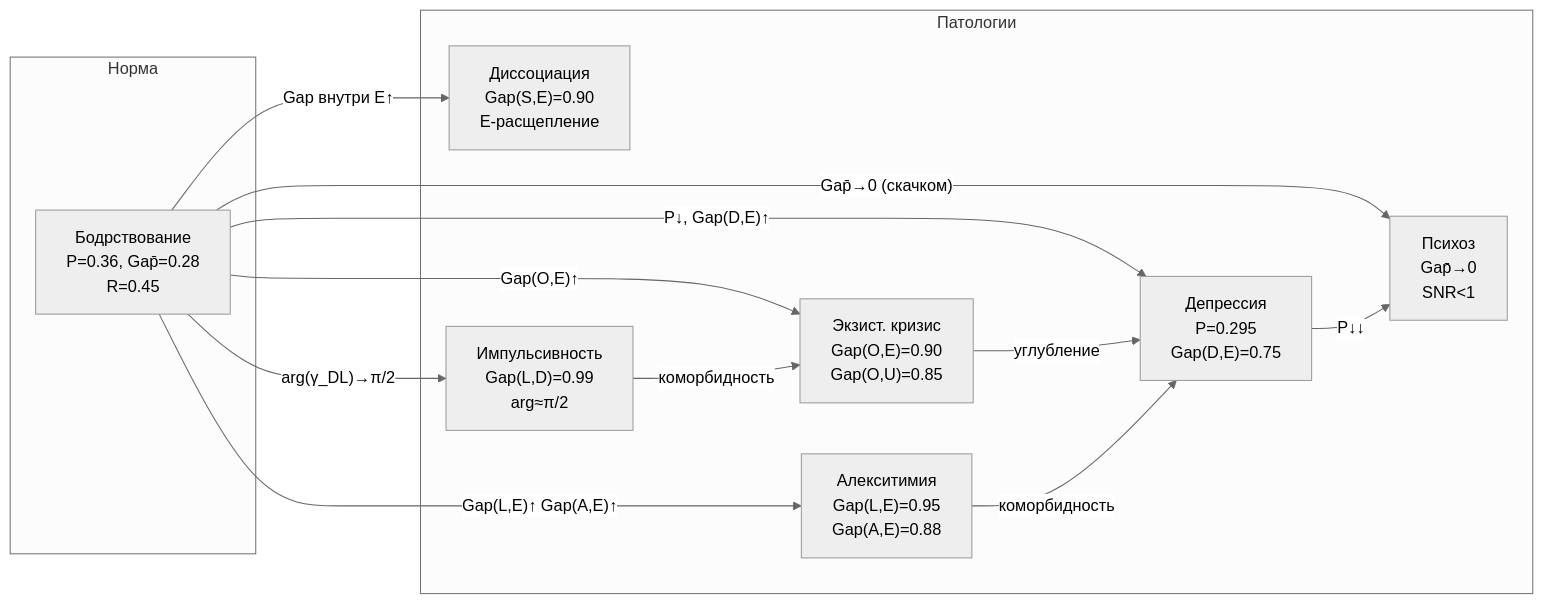
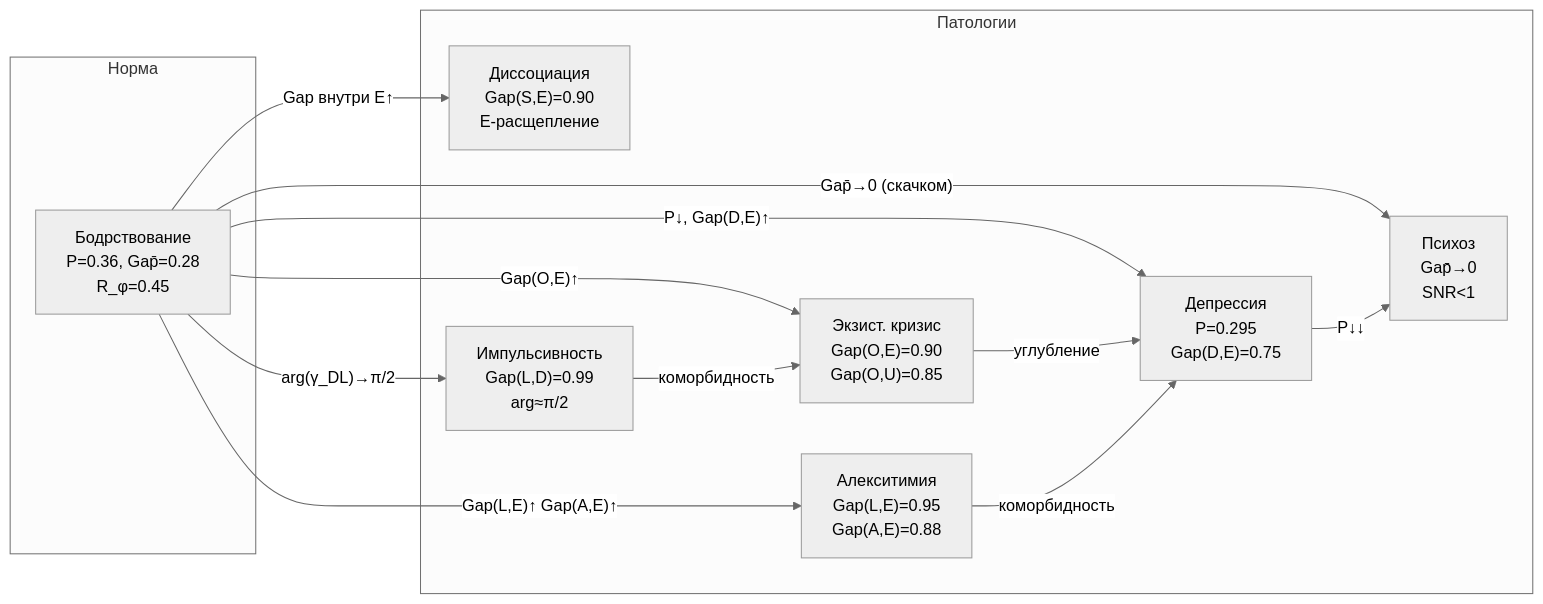
The second of 2 diagrams in website/i18n/ru/docusaurus-plugin-content-docs/current/consciousness/states/pathological.md (gst-st/uhm), drawn with Mermaid (neutral theme) before and after one commit. The commit also changed other lines of this file and 55 other files, not shown here.

````diff
--- a/website/i18n/ru/docusaurus-plugin-content-docs/current/consciousness/states/pathological.md
+++ b/website/i18n/ru/docusaurus-plugin-content-docs/current/consciousness/states/pathological.md
@@ -593,25 +593,25 @@
 ```mermaid
 graph LR
     subgraph NORM["Норма"]
-        N["Бодрствование<br/>P=0.36, Gap̄=0.28<br/>R=0.45"]
+        N["Бодрствование<br/>P=0.36, Gap̄=0.28<br/>R_φ=0.45"]
     end
     subgraph PAT["Патологии"]
         AL["Алекситимия<br/>Gap(L,E)=0.95<br/>Gap(A,E)=0.88"]
         DIS["Диссоциация<br/>Gap(S,E)=0.90<br/>E-расщепление"]
         IMP["Импульсивность<br/>Gap(L,D)=0.99<br/>arg≈π/2"]
         EX["Экзист. кризис<br/>Gap(O,E)=0.90<br/>Gap(O,U)=0.85"]
         DEP["Депрессия<br/>P=0.295<br/>Gap(D,E)=0.75"]
         PSY["Психоз<br/>Gap̄→0<br/>SNR<1"]
     end
 
     N -->|"Gap(L,E)↑ Gap(A,E)↑"| AL
     N -->|"Gap внутри E↑"| DIS
     N -->|"arg(γ_DL)→π/2"| IMP
     N -->|"Gap(O,E)↑"| EX
     N -->|"P↓, Gap(D,E)↑"| DEP
     N -->|"Gap̄→0 (скачком)"| PSY
     DEP -->|"P↓↓"| PSY
     EX -->|"углубление"| DEP
     AL -->|"коморбидность"| DEP
     IMP -->|"коморбидность"| EX
 ```
````
